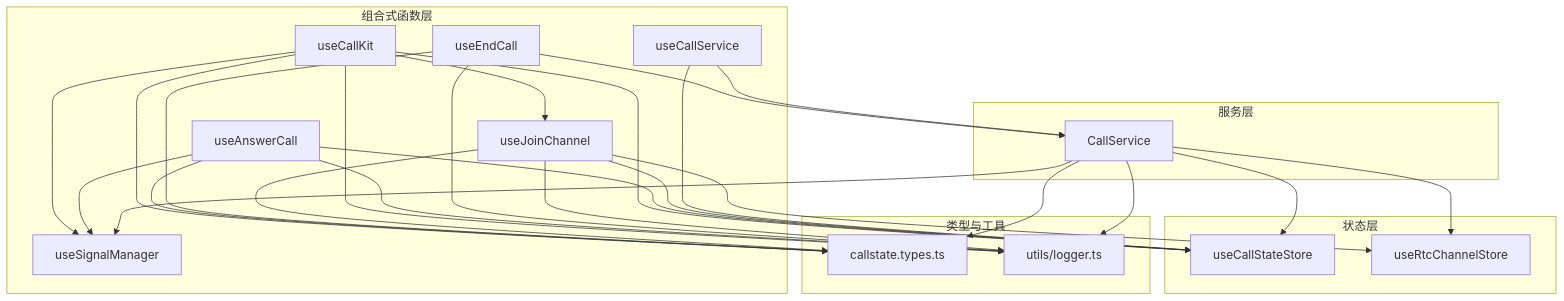
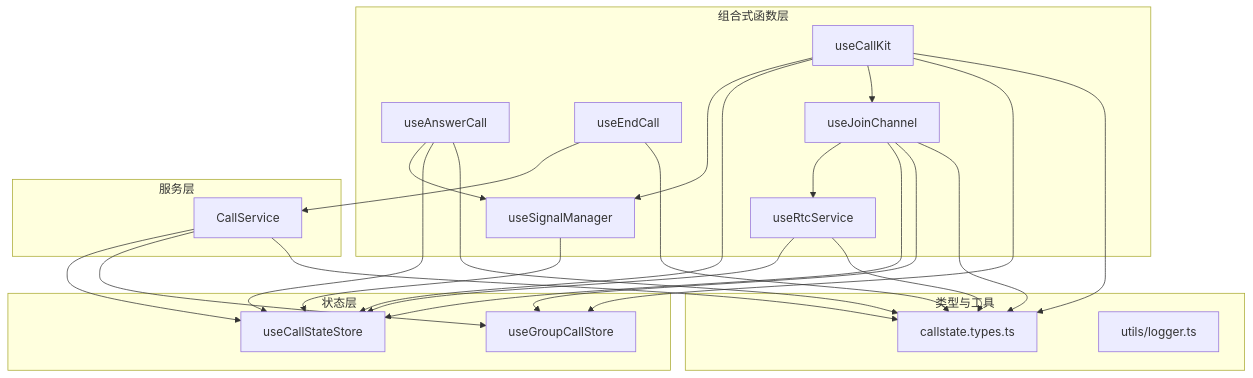
Before and after one commit to Easemob-Community/easemob-uikit-callkit-vue3: the first of 7 diagrams in .qoder/repowiki/zh/content/API 参考/组合式 API/通话控制 API.md, drawn with Mermaid. The commit also changed other lines of this file and 40 other files, not shown here.

````diff
--- a/.qoder/repowiki/zh/content/API 参考/组合式 API/通话控制 API.md
+++ b/.qoder/repowiki/zh/content/API 参考/组合式 API/通话控制 API.md
@@ -49,45 +58,42 @@
 ```mermaid
 graph TB
 subgraph "组合式函数层"
 CK["useCallKit"]
 AC["useAnswerCall"]
 EC["useEndCall"]
-CS["useCallService"]
 JC["useJoinChannel"]
 SM["useSignalManager"]
+RS["useRtcService"]
 end
 subgraph "服务层"
 SVC["CallService"]
 end
 subgraph "状态层"
 CST["useCallStateStore"]
-RST["useRtcChannelStore"]
+GCS["useGroupCallStore"]
 end
 subgraph "类型与工具"
 T["callstate.types.ts"]
 U["utils/logger.ts"]
 end
 CK --> SM
 CK --> CST
 CK --> JC
+CK --> GCS
 AC --> SM
 AC --> CST
 EC --> SVC
 SVC --> CST
-SVC --> RST
-SVC --> SM
-JC --> RST
+SVC --> GCS
+JC --> RS
 JC --> CST
-CS --> CST
-CS --> SVC
+JC --> GCS
+SM --> CST
+RS --> CST
 CK --> T
 AC --> T
 EC --> T
 SVC --> T
 JC --> T
-CK --> U
-AC --> U
-EC --> U
-SVC --> U
-JC --> U
+RS --> T
 ```
````
